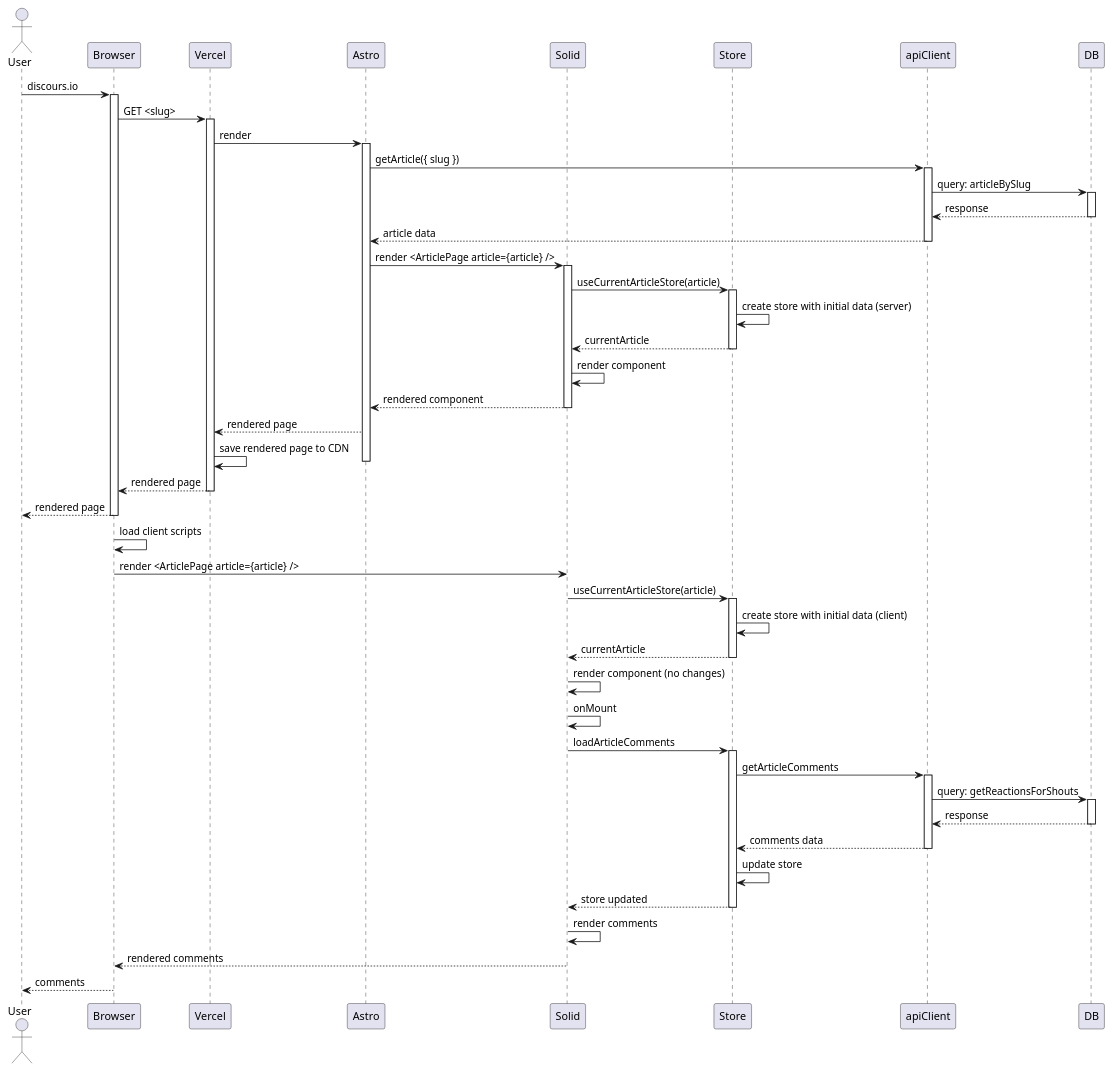
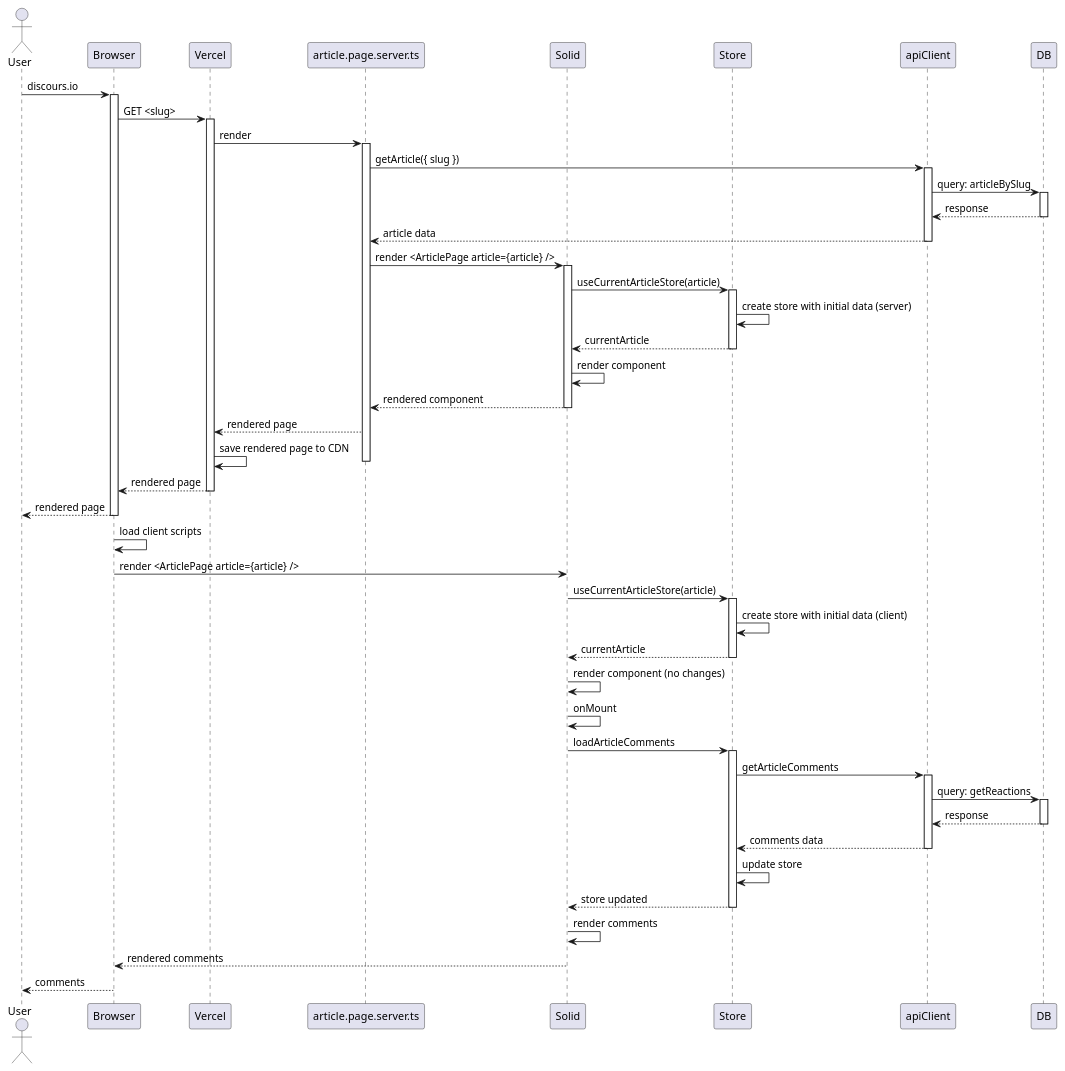
The diagram in docs/article.puml (Discours/discoursio-webapp), drawn with PlantUML before and after one commit. The commit also changed 273 other files, not shown here.

```diff
--- a/docs/article.puml
+++ b/docs/article.puml
@@ -1,65 +1,65 @@
 @startuml
 actor User
 participant Browser
 participant Vercel
-participant Astro
+participant article.page.server.ts
 participant Solid
 participant Store
 
 User -> Browser: discours.io
 activate Browser
 Browser -> Vercel: GET <slug>
 activate Vercel
-Vercel -> Astro: render
-activate Astro
-Astro -> apiClient: getArticle({ slug })
+Vercel -> article.page.server.ts: render
+activate article.page.server.ts
+article.page.server.ts -> apiClient: getArticle({ slug })
 activate apiClient
 apiClient -> DB: query: articleBySlug
 activate DB
 DB --> apiClient: response
 deactivate DB
-apiClient --> Astro: article data
+apiClient --> article.page.server.ts: article data
 deactivate apiClient
-Astro -> Solid: render <ArticlePage article={article} />
+article.page.server.ts -> Solid: render <ArticlePage article={article} />
 activate Solid
 Solid -> Store: useCurrentArticleStore(article)
 activate Store
 Store -> Store: create store with initial data (server)
 Store --> Solid: currentArticle
 deactivate Store
 Solid -> Solid: render component
-Solid --> Astro: rendered component
+Solid --> article.page.server.ts: rendered component
 deactivate Solid
-Astro --> Vercel: rendered page
+article.page.server.ts --> Vercel: rendered page
 Vercel -> Vercel: save rendered page to CDN
-deactivate Astro
+deactivate article.page.server.ts
 Vercel --> Browser: rendered page
 deactivate Vercel
 Browser --> User: rendered page
 deactivate Browser
 Browser -> Browser: load client scripts
 Browser -> Solid: render <ArticlePage article={article} />
 Solid -> Store: useCurrentArticleStore(article)
 activate Store
 Store -> Store: create store with initial data (client)
 Store --> Solid: currentArticle
 deactivate Store
 Solid -> Solid: render component (no changes)
 Solid -> Solid: onMount
 Solid -> Store: loadArticleComments
 activate Store
 Store -> apiClient: getArticleComments
 activate apiClient
-apiClient -> DB: query: getReactionsForShouts
+apiClient -> DB: query: getReactions
 activate DB
 DB --> apiClient: response
 deactivate DB
 apiClient --> Store: comments data
 deactivate apiClient
 Store -> Store: update store
 Store --> Solid: store updated
 deactivate Store
 Solid -> Solid: render comments
 Solid --> Browser: rendered comments
 Browser --> User: comments
 @enduml
```
